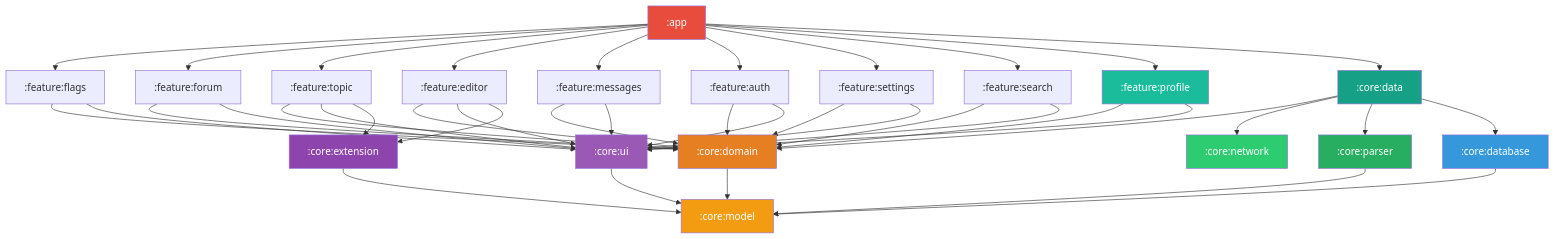
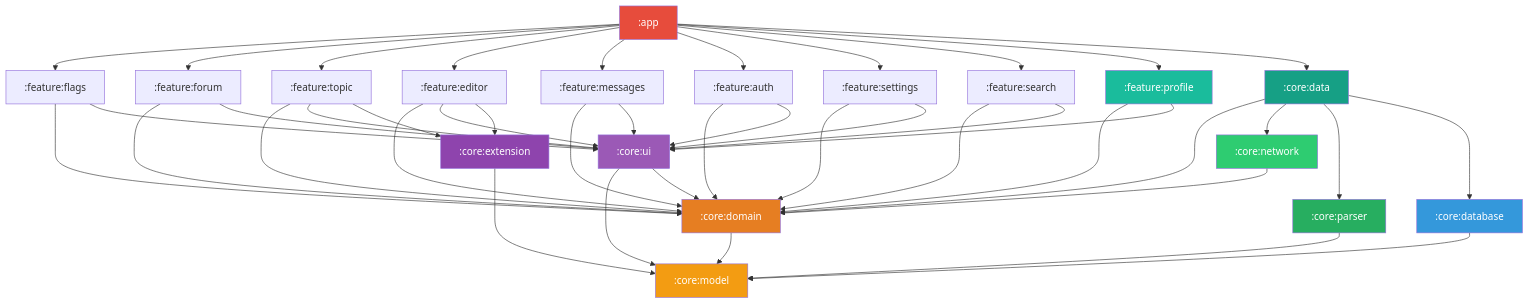
The second of 3 diagrams in docs/specs/architecture.md (ForumHFR/redface2), drawn with Mermaid before and after one commit. The commit also changed other lines of this file and 44 other files, not shown here.

````diff
--- a/docs/specs/architecture.md
+++ b/docs/specs/architecture.md
@@ -56,65 +56,68 @@
 ```mermaid
 graph TB
     APP[":app"] --> FFL[":feature:flags"]
     APP --> FF[":feature:forum"]
     APP --> FT[":feature:topic"]
     APP --> FE[":feature:editor"]
     APP --> FM[":feature:messages"]
     APP --> FA[":feature:auth"]
     APP --> FS[":feature:settings"]
     APP --> FSR[":feature:search"]
     APP --> FPR[":feature:profile"]
     APP --> CDATA[":core:data"]
 
     FFL --> CDOM[":core:domain"]
     FFL --> CU[":core:ui"]
 
     FF --> CDOM
     FF --> CU
 
     FT --> CDOM
     FT --> CU
     FT --> CEXT[":core:extension"]
 
     FE --> CDOM
     FE --> CU
     FE --> CEXT
 
     FM --> CDOM
     FM --> CU
 
     FA --> CDOM
     FA --> CU
 
     FS --> CDOM
     FS --> CU
 
     FSR --> CDOM
     FSR --> CU
 
     FPR --> CDOM
     FPR --> CU
 
     CDOM --> CM[":core:model"]
     CEXT --> CM
     CU --> CM
+    CU --> CDOM
 
     CDATA --> CDOM
     CDATA --> CN[":core:network"]
     CDATA --> CP[":core:parser"]
     CDATA --> CD[":core:database"]
+
+    CN --> CDOM
 
     CP --> CM
     CD --> CM
 
     style APP fill:#e74c3c,color:#fff
     style CM fill:#f39c12,color:#fff
     style CDOM fill:#e67e22,color:#fff
     style CDATA fill:#16a085,color:#fff
     style CN fill:#2ecc71,color:#fff
     style CP fill:#27ae60,color:#fff
     style CD fill:#3498db,color:#fff
     style CU fill:#9b59b6,color:#fff
     style CEXT fill:#8e44ad,color:#fff
     style FPR fill:#1abc9c,color:#fff
 ```
````
